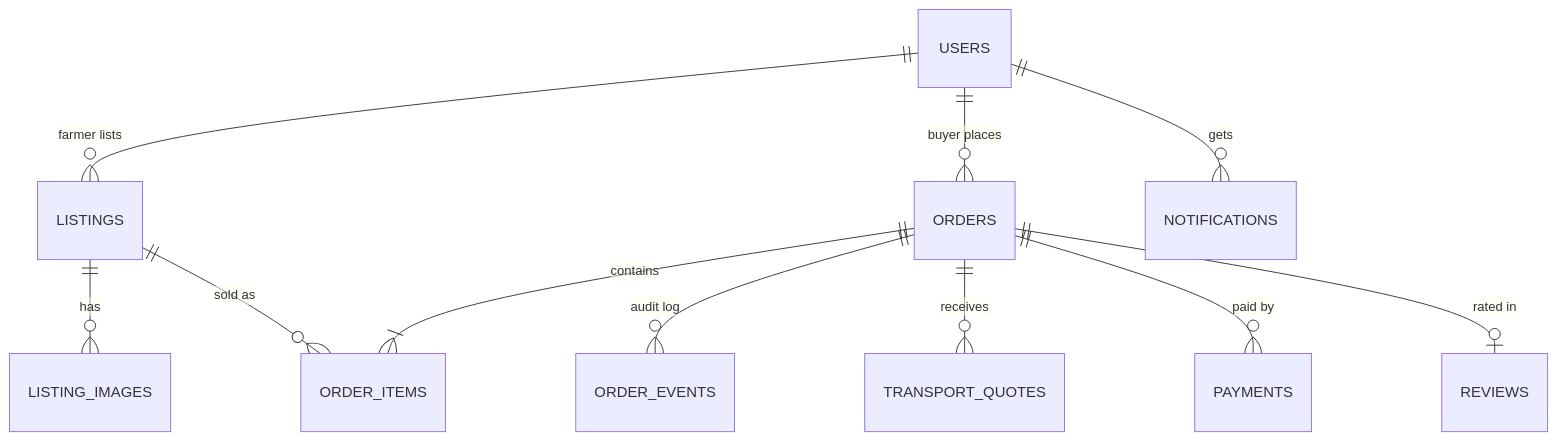
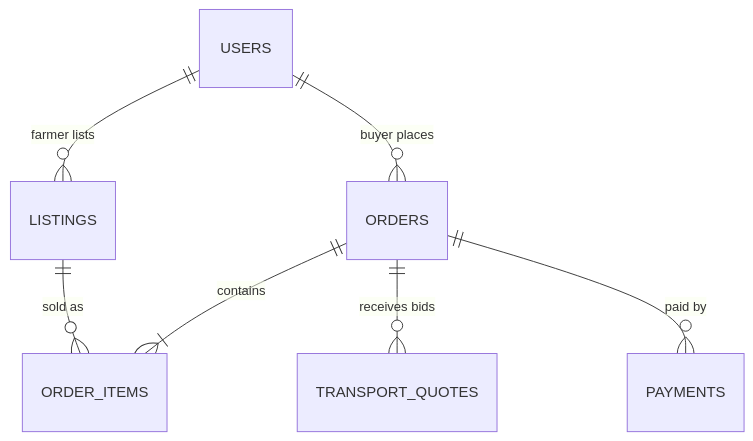
The fourth of 4 diagrams in README.md (Alkarim786/farmfresh-flask), drawn with Mermaid before and after one commit. The commit also changed other lines of this file, not shown here.

First line of the commit message:
Redraw the README diagrams so they read clearly on GitHub

````diff
--- a/README.md
+++ b/README.md
@@ -60,13 +90,9 @@
 ```mermaid
 erDiagram
   USERS ||--o{ LISTINGS : "farmer lists"
-  LISTINGS ||--o{ LISTING_IMAGES : has
   USERS ||--o{ ORDERS : "buyer places"
   ORDERS ||--|{ ORDER_ITEMS : contains
   LISTINGS ||--o{ ORDER_ITEMS : "sold as"
-  ORDERS ||--o{ ORDER_EVENTS : "audit log"
-  ORDERS ||--o{ TRANSPORT_QUOTES : receives
+  ORDERS ||--o{ TRANSPORT_QUOTES : "receives bids"
   ORDERS ||--o{ PAYMENTS : "paid by"
-  ORDERS ||--o| REVIEWS : "rated in"
-  USERS ||--o{ NOTIFICATIONS : gets
 ```
````
